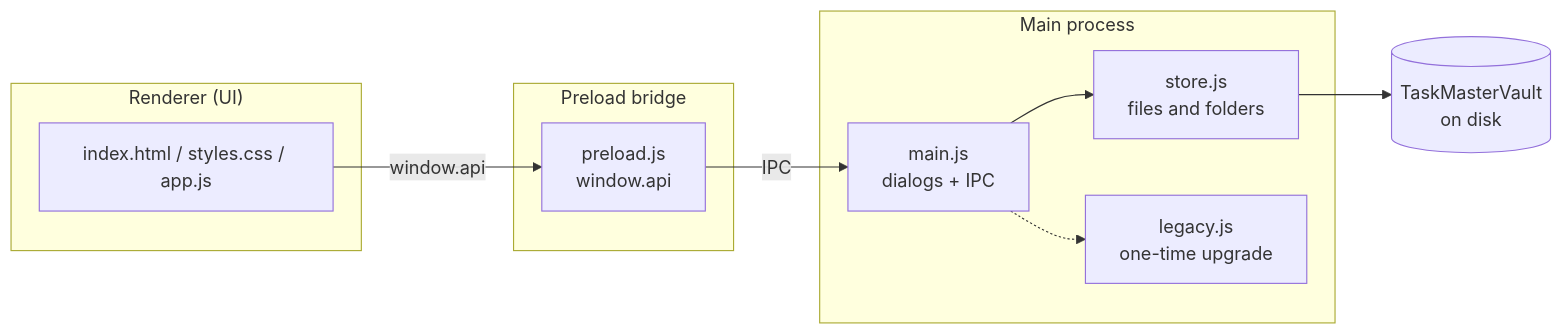
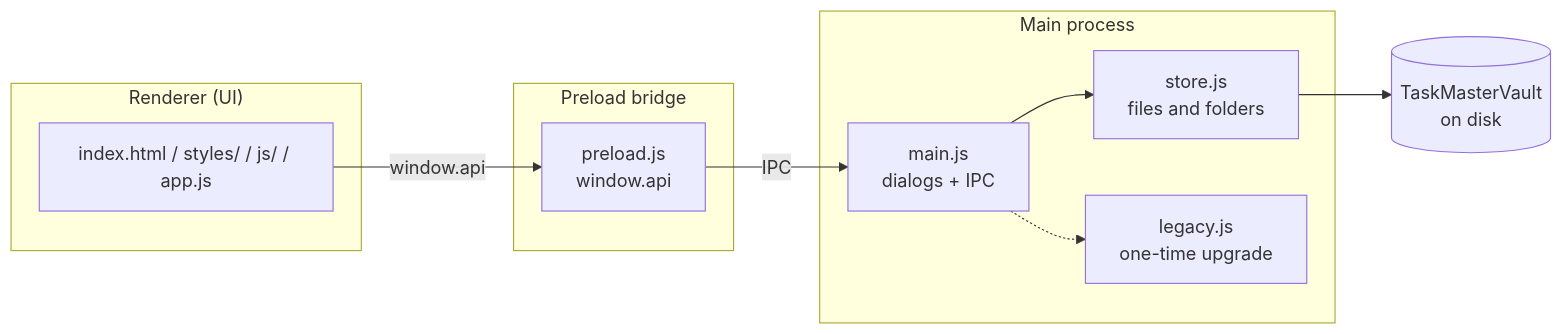
Before and after one commit to justsivaa/TaskMaster: the diagram in README.md, drawn with Mermaid. The commit also changed other lines of this file and 44 other files, not shown here.

````diff
--- a/README.md
+++ b/README.md
@@ -160,17 +167,17 @@
 ```mermaid
 flowchart LR
   subgraph Renderer["Renderer (UI)"]
-    A[index.html / styles.css / app.js]
+    A[index.html / styles/ / js/ / app.js]
   end
   subgraph Preload["Preload bridge"]
     B[preload.js<br/>window.api]
   end
   subgraph Main["Main process"]
     C[main.js<br/>dialogs + IPC]
     D[store.js<br/>files and folders]
     L[legacy.js<br/>one-time upgrade]
   end
   E[(TaskMasterVault<br/>on disk)]
   A -- window.api --> B -- IPC --> C --> D --> E
   C -.-> L
 ```
````
